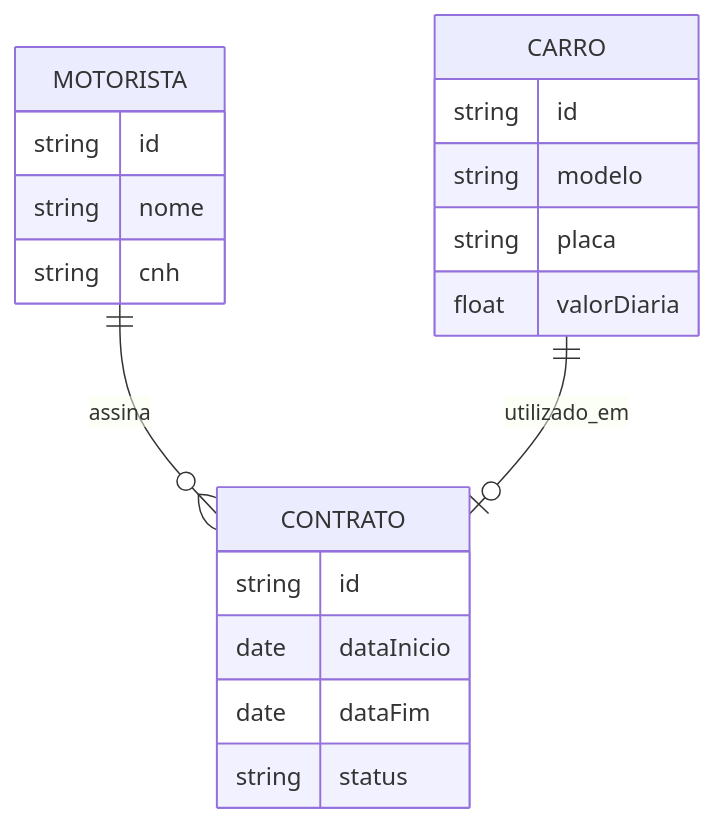
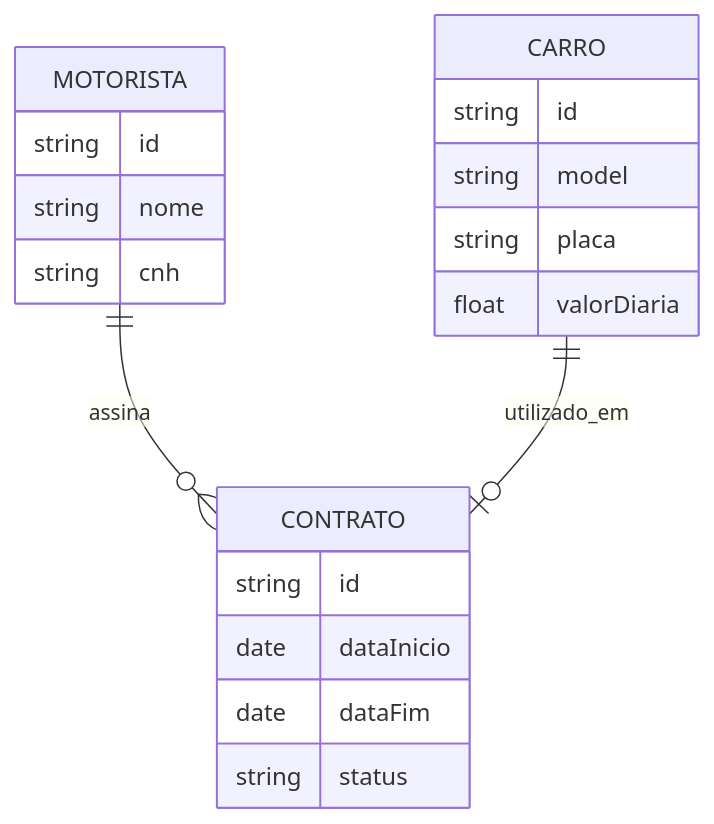
Before and after one commit to joaovitor774/GJR-Aluguel-de-Carros: the diagram in README.md, drawn with Mermaid.

Commit message:
Aprimoramento do codigo

`````diff
--- a/README.md
+++ b/README.md
@@ -3,25 +3,25 @@
 ````mermaid
 erDiagram
     MOTORISTA ||--o{ CONTRATO : assina
     CARRO ||--o| CONTRATO : utilizado_em
 
     MOTORISTA {
         string id
         string nome
         string cnh
     }
 
     CARRO {
         string id
-        string modelo
+        string model
         string placa
         float valorDiaria
     }
 
     CONTRATO {
         string id
         date dataInicio
         date dataFim
         string status
     }
 ````
`````
